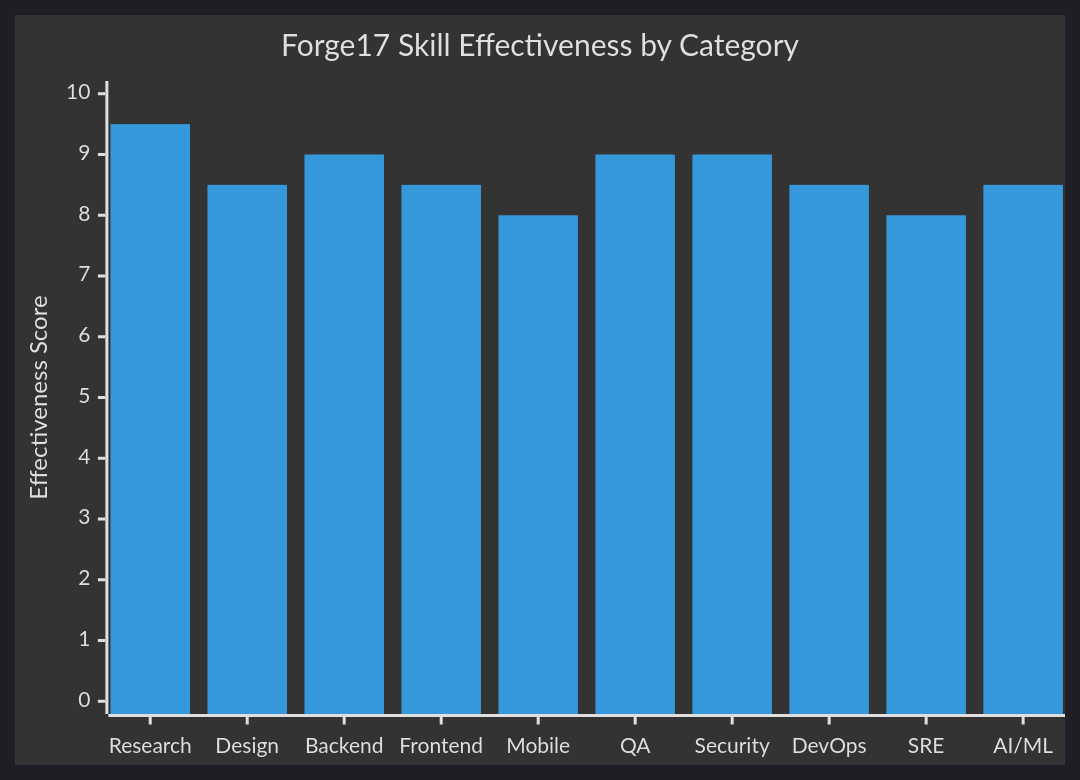
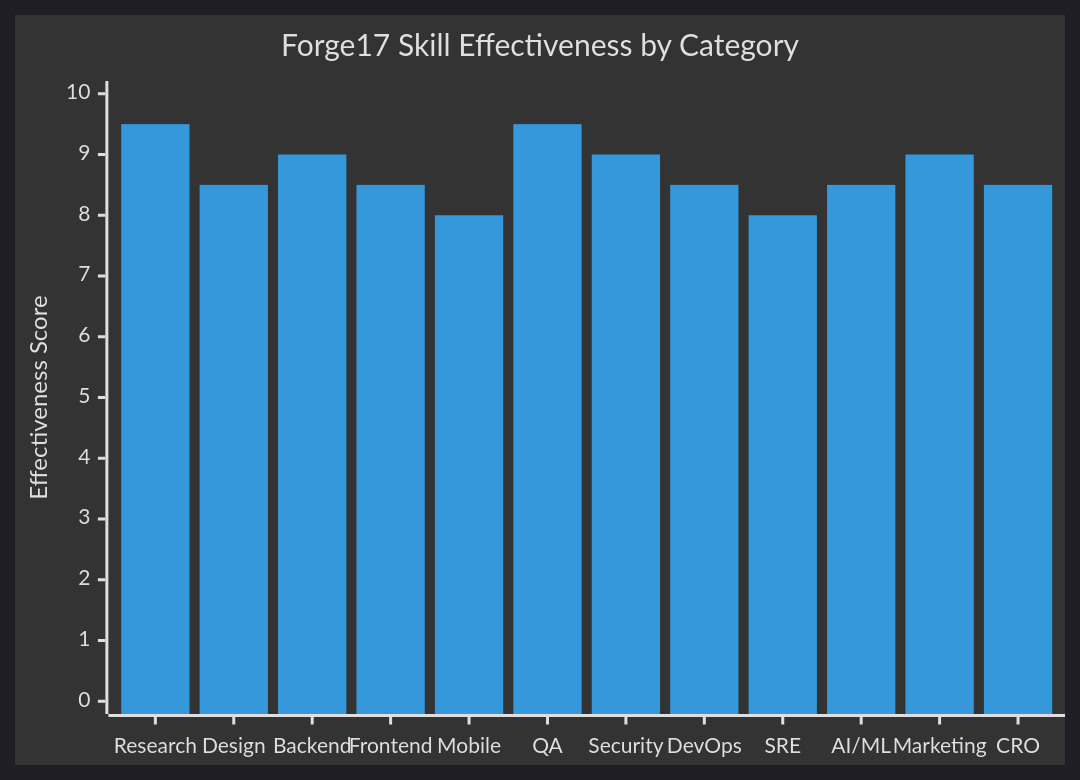
The diagram in README.md (buiphucminhtam/forgewright), drawn with Mermaid before and after one commit. The commit also changed other lines of this file and 9 other files, not shown here.

````diff
--- a/README.md
+++ b/README.md
@@ -173,8 +184,8 @@
 ```mermaid
 %%{init: {'theme': 'dark', 'themeVariables': { 'fontSize': '14px'}}}%%
 xychart-beta
     title "Forge17 Skill Effectiveness by Category"
-    x-axis ["Research", "Design", "Backend", "Frontend", "Mobile", "QA", "Security", "DevOps", "SRE", "AI/ML"]
+    x-axis ["Research", "Design", "Backend", "Frontend", "Mobile", "QA", "Security", "DevOps", "SRE", "AI/ML", "Marketing", "CRO"]
     y-axis "Effectiveness Score" 0 --> 10
-    bar [9.5, 8.5, 9.0, 8.5, 8.0, 9.0, 9.0, 8.5, 8.0, 8.5]
+    bar [9.5, 8.5, 9.0, 8.5, 8.0, 9.5, 9.0, 8.5, 8.0, 8.5, 9.0, 8.5]
 ```
````
